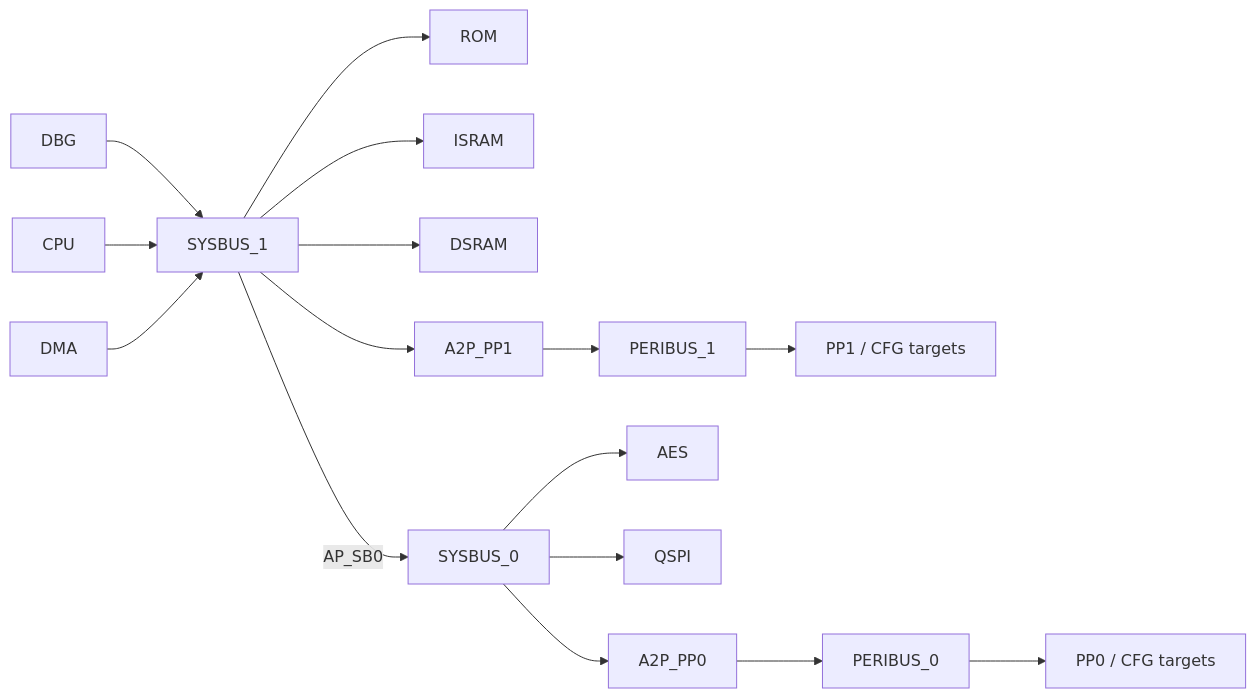
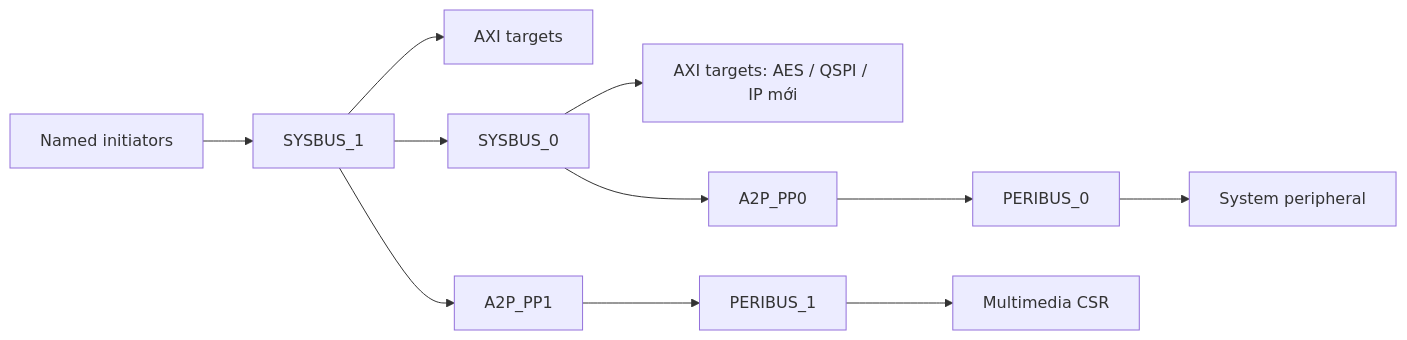
The diagram in components/FX1_Components/bus/README.md (phuonglhm/CDC-VP), drawn with Mermaid before and after one commit. The commit also changed other lines of this file and 32 other files, not shown here.

````diff
--- a/components/FX1_Components/bus/README.md
+++ b/components/FX1_Components/bus/README.md
@@ -9,18 +9,13 @@
 ```mermaid
 flowchart LR
-  DBG --> S1[SYSBUS_1]
-  CPU --> S1
-  DMA --> S1
-  S1 --> ROM
-  S1 --> ISRAM
-  S1 --> DSRAM
+  Masters[Named initiators] --> S1[SYSBUS_1]
+  S1 --> T1[AXI targets]
+  S1 --> S0[SYSBUS_0]
+  S0 --> T0[AXI targets: AES / QSPI / IP mới]
   S1 --> B1[A2P_PP1]
   B1 --> P1[PERIBUS_1]
-  P1 --> PP1[PP1 / CFG targets]
-  S1 -->|AP_SB0| S0[SYSBUS_0]
-  S0 --> AES
-  S0 --> QSPI
+  P1 --> A1[Multimedia CSR]
   S0 --> B0[A2P_PP0]
   B0 --> P0[PERIBUS_0]
-  P0 --> PP0[PP0 / CFG targets]
+  P0 --> A0[System peripheral]
 ```
````
